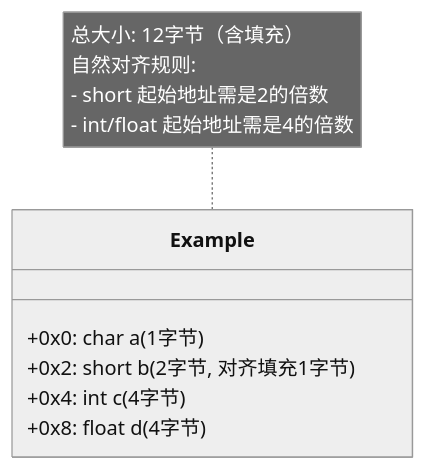
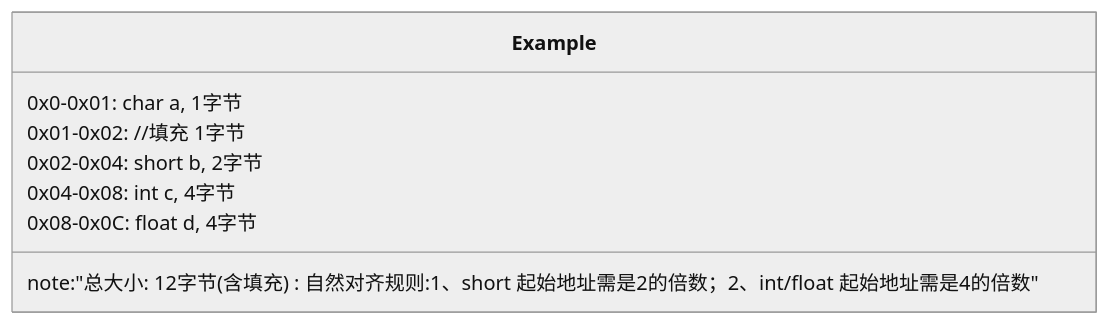
The first of 3 diagrams in Embedded-C/C扩展/字节对齐.md (SolaTian/Embedded-Linux), drawn with Mermaid (neutral theme) before and after one commit. The commit also changed other lines of this file and 1 other file, not shown here.

````diff
--- a/Embedded-C/C扩展/字节对齐.md
+++ b/Embedded-C/C扩展/字节对齐.md
@@ -34,14 +34,11 @@
 ```mermaid
 classDiagram
     class Example {
-        +0x0: char a (1字节)
-        +0x2: short b (2字节, 对齐填充1字节)
-        +0x4: int c (4字节)
-        +0x8: float d (4字节)
+        0x0-0x01: char a, 1字节
+        0x01-0x02: //填充 1字节
+        0x02-0x04: short b, 2字节
+        0x04-0x08: int c, 4字节
+        0x08-0x0C: float d, 4字节
+        note:"总大小: 12字节(含填充)自然对齐规则:1、short 起始地址需是2的倍数；2、int/float 起始地址需是4的倍数"
     }
-    note for Example "总大小: 12字节（含填充）
-    自然对齐规则:
-    - short 起始地址需是2的倍数
-    - int/float 起始地址需是4的倍数"
-
 ```
````
